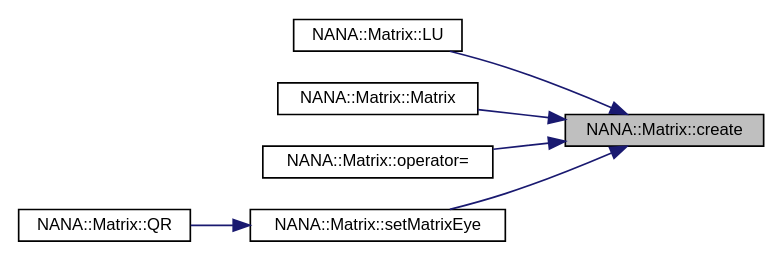
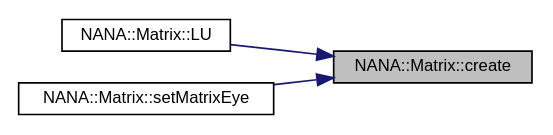
Before and after one commit to YuruTu/NANA: the diagram in docs/class_n_a_n_a_1_1_matrix_a9143733c65d050c962bb9ea8fe03d19b_icgraph.dot, drawn with Graphviz. The commit also changed 83 other files, not shown here.

```diff
--- a/docs/class_n_a_n_a_1_1_matrix_a9143733c65d050c962bb9ea8fe03d19b_icgraph.dot
+++ b/docs/class_n_a_n_a_1_1_matrix_a9143733c65d050c962bb9ea8fe03d19b_icgraph.dot
@@ -1,18 +1,12 @@
 digraph "NANA::Matrix::create"
 {
  // LATEX_PDF_SIZE
   edge [fontname="Helvetica",fontsize="10",labelfontname="Helvetica",labelfontsize="10"];
   node [fontname="Helvetica",fontsize="10",shape=record];
   rankdir="RL";
   Node1 [label="NANA::Matrix::create",height=0.2,width=0.4,color="black", fillcolor="grey75", style="filled", fontcolor="black",tooltip="申请内存"];
   Node1 -> Node2 [dir="back",color="midnightblue",fontsize="10",style="solid",fontname="Helvetica"];
   Node2 [label="NANA::Matrix::LU",height=0.2,width=0.4,color="black", fillcolor="white", style="filled",URL="$class_n_a_n_a_1_1_matrix.html#a4fa999237fe4b55b662bcd8e38707d1e",tooltip="实现矩阵的LU分解"];
   Node1 -> Node3 [dir="back",color="midnightblue",fontsize="10",style="solid",fontname="Helvetica"];
-  Node3 [label="NANA::Matrix::Matrix",height=0.2,width=0.4,color="black", fillcolor="white", style="filled",URL="$class_n_a_n_a_1_1_matrix.html#a200779713f922b3c87ad193b3ea7f6b4",tooltip="构造函数，主动申请与管理内存"];
-  Node1 -> Node4 [dir="back",color="midnightblue",fontsize="10",style="solid",fontname="Helvetica"];
-  Node4 [label="NANA::Matrix::operator=",height=0.2,width=0.4,color="black", fillcolor="white", style="filled",URL="$class_n_a_n_a_1_1_matrix.html#af8f91cc9e267b3c55d0b8e6cb80351c4",tooltip="等于时"];
-  Node1 -> Node5 [dir="back",color="midnightblue",fontsize="10",style="solid",fontname="Helvetica"];
-  Node5 [label="NANA::Matrix::setMatrixEye",height=0.2,width=0.4,color="black", fillcolor="white", style="filled",URL="$class_n_a_n_a_1_1_matrix.html#a0a5423a5d4ad70b3225216b7a6542ee4",tooltip="将当前矩阵设置为单位矩阵"];
-  Node5 -> Node6 [dir="back",color="midnightblue",fontsize="10",style="solid",fontname="Helvetica"];
-  Node6 [label="NANA::Matrix::QR",height=0.2,width=0.4,color="black", fillcolor="white", style="filled",URL="$class_n_a_n_a_1_1_matrix.html#aa7c0b878879e366512929f60b01b883b",tooltip="基于豪斯荷尔德变换实现矩阵的QR分解"];
+  Node3 [label="NANA::Matrix::setMatrixEye",height=0.2,width=0.4,color="black", fillcolor="white", style="filled",URL="$class_n_a_n_a_1_1_matrix.html#a0a5423a5d4ad70b3225216b7a6542ee4",tooltip="将当前矩阵设置为单位矩阵"];
 }
```
